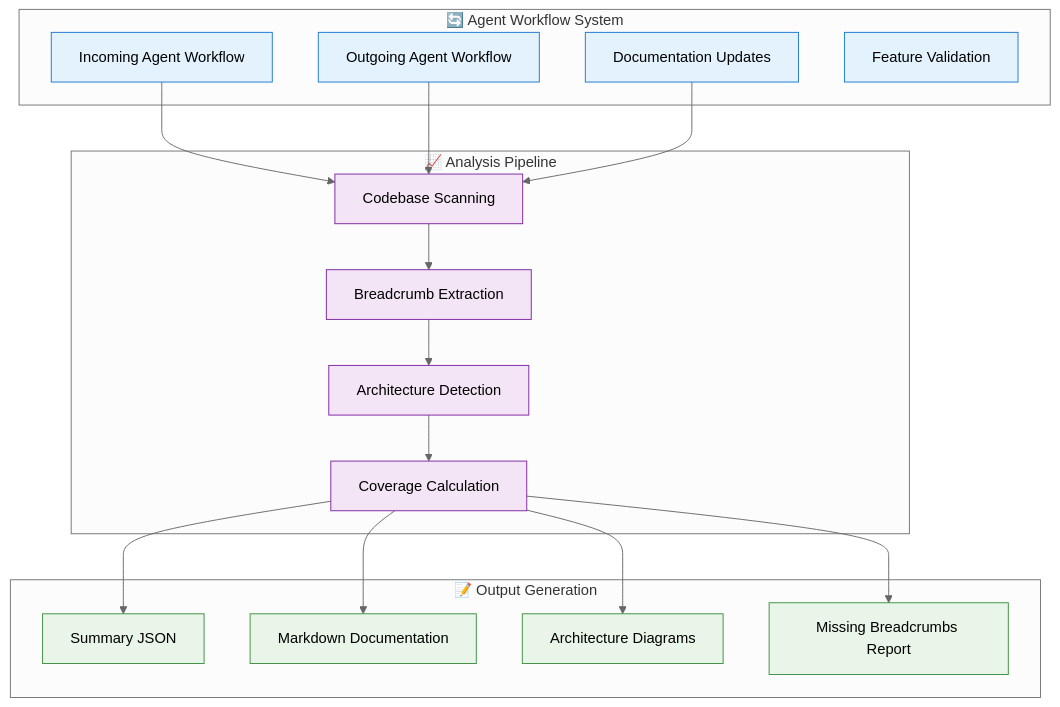
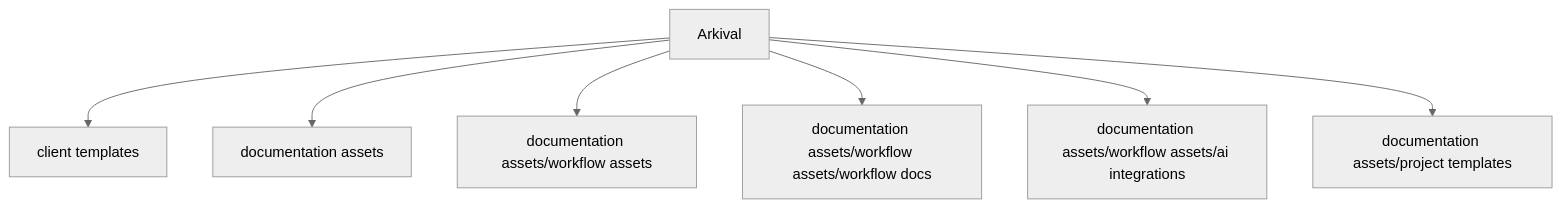
One commit to Spitfire-Products/Arkival-V4 changed the third of 3 diagrams in ARCHITECTURE_DIAGRAM.md. Above: the diagram before and after it, drawn with Mermaid (neutral theme). The commit also changed other lines of this file and 29 other files, not shown here.

First line of the commit message:
Major optimization: Reduce codebase_summary.json from 70KB to 17KB for AI agents

````diff
--- a/ARCHITECTURE_DIAGRAM.md
+++ b/ARCHITECTURE_DIAGRAM.md
@@ -69,42 +67,18 @@
 ```mermaid
-flowchart TD
-    subgraph "🔄 Agent Workflow System"
-        A1[Incoming Agent Workflow]
-        A2[Outgoing Agent Workflow]
-        A3[Documentation Updates]
-        A4[Feature Validation]
-    end
+graph TD
+    ROOT[Arkival]
+    ROOT --> D0[client templates]
+    ROOT --> D1[documentation assets]
+    ROOT --> D2[documentation assets/workflow assets]
+    ROOT --> D3[documentation assets/workflow assets/workflow docs]
+    ROOT --> D4[documentation assets/workflow assets/ai integrations]
+    ROOT --> D5[documentation assets/project templates]
 
-    subgraph "📈 Analysis Pipeline"
-        B1[Codebase Scanning]
-        B2[Breadcrumb Extraction]
-        B3[Architecture Detection]
-        B4[Coverage Calculation]
-    end
-
-    subgraph "📝 Output Generation"
-        C1[Summary JSON]
-        C2[Markdown Documentation]
-        C3[Architecture Diagrams]
-        C4[Missing Breadcrumbs Report]
-    end
-
-    A1 --> B1
-    A2 --> B1
-    A3 --> B1
-    B1 --> B2
-    B2 --> B3
-    B3 --> B4
-    B4 --> C1
-    B4 --> C2
-    B4 --> C3
-    B4 --> C4
-
-    classDef workflow fill:#e3f2fd,stroke:#1976d2
+    classDef coreModule fill:#e3f2fd,stroke:#1976d2
     classDef analysis fill:#f3e5f5,stroke:#7b1fa2
     classDef output fill:#e8f5e8,stroke:#388e3c
-
-    class A1,A2,A3,A4 workflow
-    class B1,B2,B3,B4 analysis
-    class C1,C2,C3,C4 output
+    
+    class M0,M1,M2,M3,M4,M5 coreModule
+    class T1,T2,T3,T4 analysis
+    class A1,A2,A3 output
 ```
````
